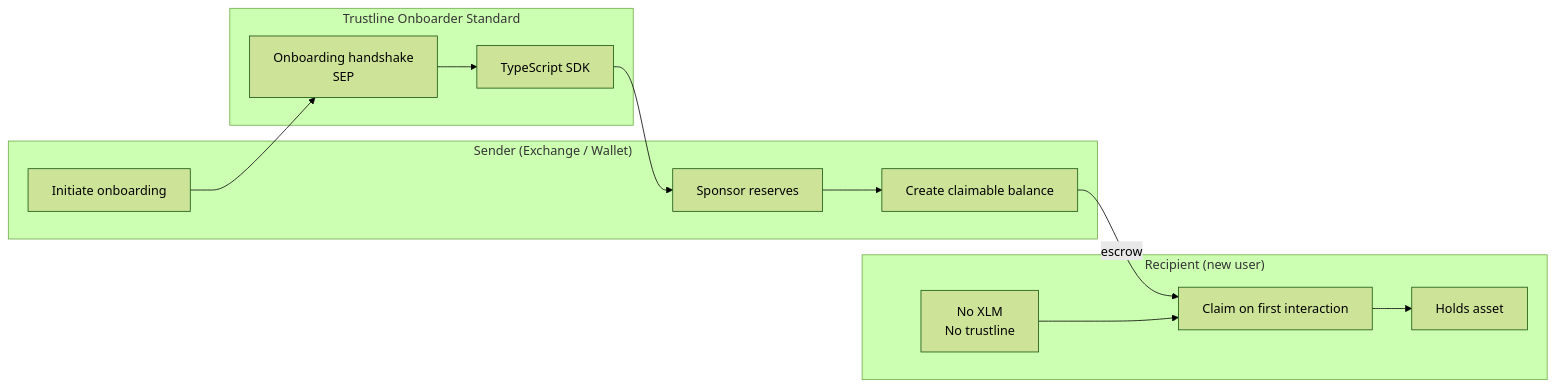
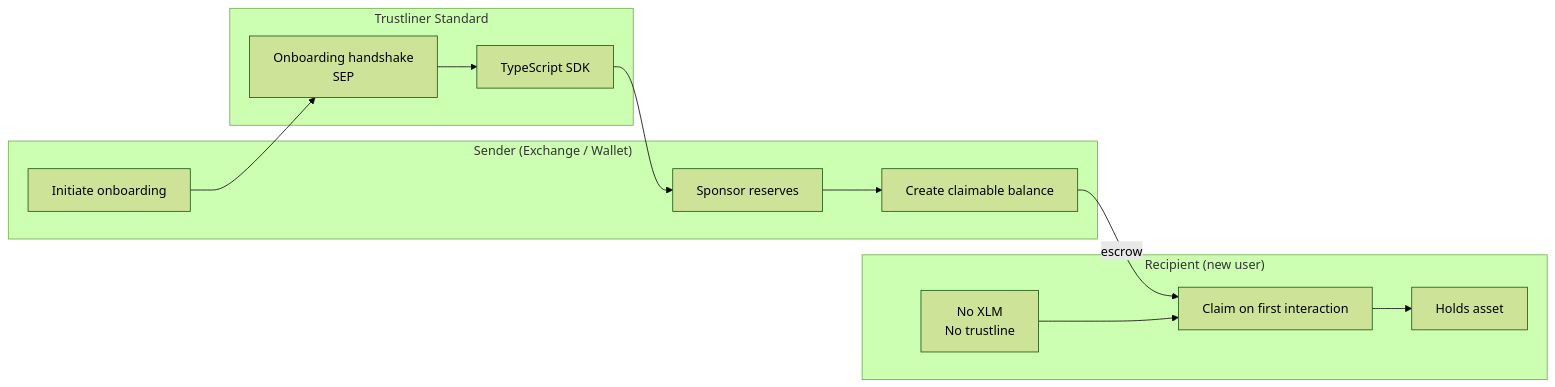
The diagram in proposal/README.md (cedricmagne/trustliner), drawn with Mermaid (forest theme) before and after one commit. The commit also changed other lines of this file and 20 other files, not shown here.

````diff
--- a/proposal/README.md
+++ b/proposal/README.md
@@ -65,21 +65,21 @@
 ```mermaid
 flowchart LR
     subgraph Sender["Sender (Exchange / Wallet)"]
         S1[Initiate onboarding]
         S2[Sponsor reserves]
         S3[Create claimable balance]
     end
-    subgraph Std["Trustline Onboarder Standard"]
+    subgraph Std["Trustliner Standard"]
         H[Onboarding handshake<br/>SEP]
         SDK[TypeScript SDK]
     end
     subgraph Recipient["Recipient (new user)"]
         R1[No XLM<br/>No trustline]
         R2[Claim on first interaction]
         R3[Holds asset]
     end
     S1 --> H --> SDK
     SDK --> S2 --> S3
     S3 -->|escrow| R2
     R1 --> R2 --> R3
 ```
````
